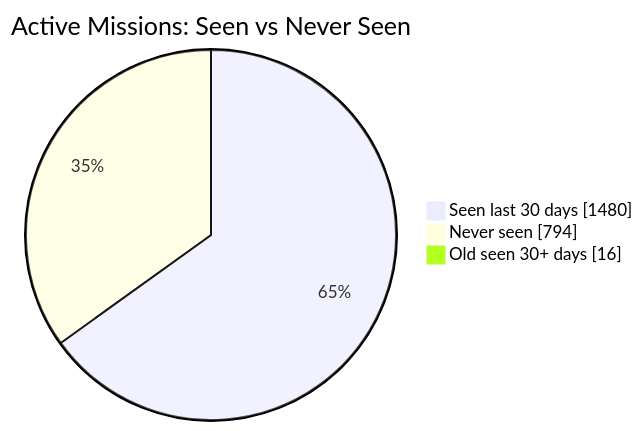
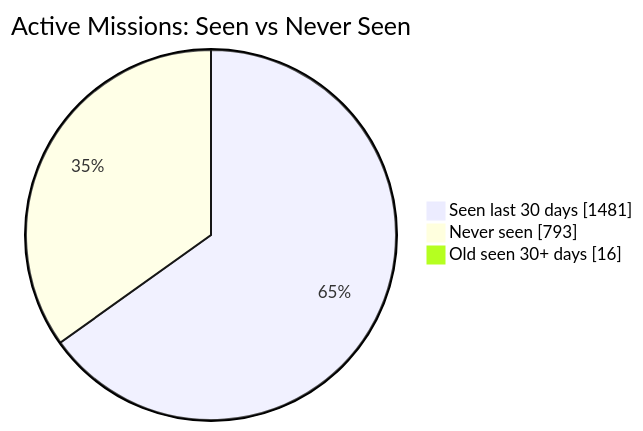
The first of 2 diagrams in README.md (MeldkamerspelGameTeam/active-missions), drawn with Mermaid before and after one commit. The commit also changed other lines of this file and 2 other files, not shown here.

````diff
--- a/README.md
+++ b/README.md
@@ -34,7 +34,7 @@
 ```mermaid
 pie showData
     title Active Missions: Seen vs Never Seen
-    "Seen last 30 days" : 1480
-    "Never seen" : 794
+    "Seen last 30 days" : 1481
+    "Never seen" : 793
     "Old seen 30+ days" : 16
 ```
````
